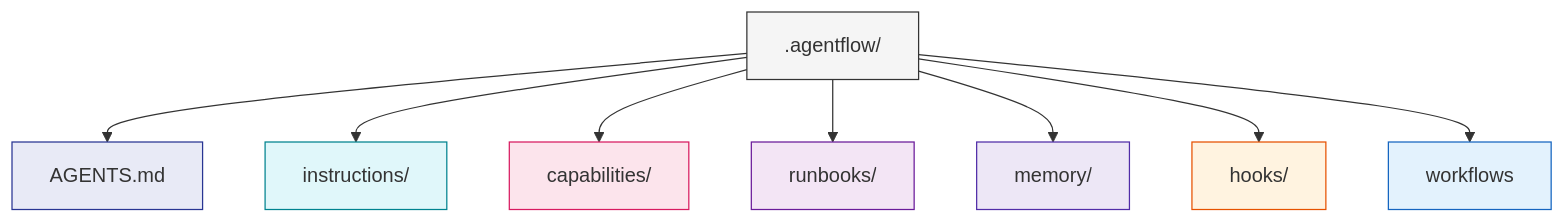
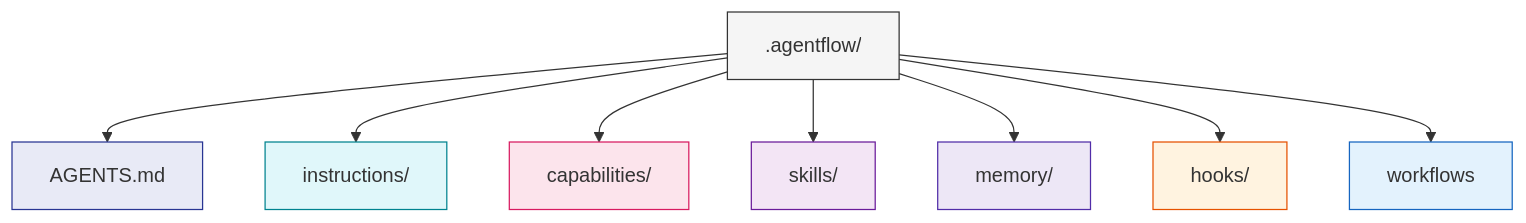
One commit to shubhtoy/AgentFlow changed the first of 11 diagrams in docs/taxonomy-graph.md. Above: the diagram before and after it, drawn with Mermaid. The commit also changed other lines of this file and 956 other files, not shown here.

````diff
--- a/docs/taxonomy-graph.md
+++ b/docs/taxonomy-graph.md
@@ -5,21 +5,21 @@
 ```mermaid
 graph TD
     AF[".agentflow/"]
 
     AF --> IDENTITY["AGENTS.md"]
     AF --> INSTRUCTIONS["instructions/"]
     AF --> CAPABILITIES["capabilities/"]
-    AF --> RUNBOOKS["runbooks/"]
+    AF --> RUNBOOKS["skills/"]
     AF --> MEMORY["memory/"]
     AF --> HOOKS["hooks/"]
     AF --> WORKFLOWS["workflows"]
 
     style AF fill:#f5f5f5,stroke:#333
     style IDENTITY fill:#E8EAF6,stroke:#283593
     style INSTRUCTIONS fill:#E0F7FA,stroke:#00838F
     style CAPABILITIES fill:#FCE4EC,stroke:#D81B60
     style RUNBOOKS fill:#F3E5F5,stroke:#6A1B9A
     style MEMORY fill:#EDE7F6,stroke:#512DA8
     style HOOKS fill:#FFF3E0,stroke:#E65100
     style WORKFLOWS fill:#E3F2FD,stroke:#1565C0
 ```
````
